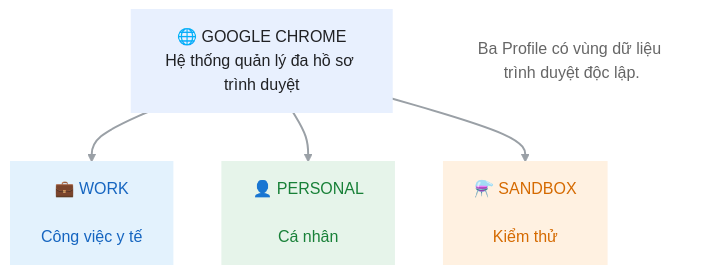
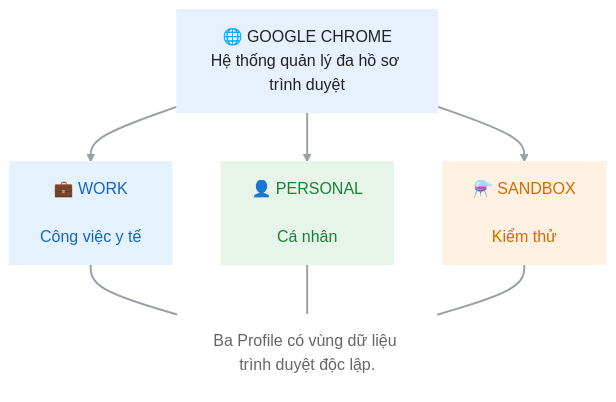
One commit to Duyanh2k8/HCM-KS26-CNTT1_NMCNTT_Session16_Ex09 changed the diagram in README.md. Above: the diagram before and after it, drawn with Mermaid. The commit also changed other lines of this file, not shown here.

````diff
--- a/README.md
+++ b/README.md
@@ -24,24 +24,28 @@
 ```mermaid
 flowchart TB
   A["🌐 GOOGLE CHROME<br/>Hệ thống quản lý đa hồ sơ trình duyệt"]
 
   A --> B["💼 WORK<br/><br/>Công việc y tế"]
   A --> C["👤 PERSONAL<br/><br/>Cá nhân"]
   A --> D["⚗️ SANDBOX<br/><br/>Kiểm thử"]
+
+  B ~~~ E
+  C ~~~ E
+  D ~~~ E
 
   E["Ba Profile có vùng dữ liệu trình duyệt độc lập."]
 
   classDef chrome fill:#E8F0FE,stroke:#E8F0FE,color:#202124,stroke-width:2px
   classDef work fill:#E3F2FD,stroke:#E3F2FD,color:#1565C0,stroke-width:2px
   classDef personal fill:#E6F4EA,stroke:#E6F4EA,color:#188038,stroke-width:2px
   classDef sandbox fill:#FFF1E1,stroke:#FFF1E1,color:#D56A00,stroke-width:2px
   classDef note fill:transparent,stroke:transparent,color:#666666,font-size:16px
 
   class A chrome
   class B work
   class C personal
   class D sandbox
   class E note
 
   linkStyle default stroke:#9AA0A6,stroke-width:2px
 ```
````
